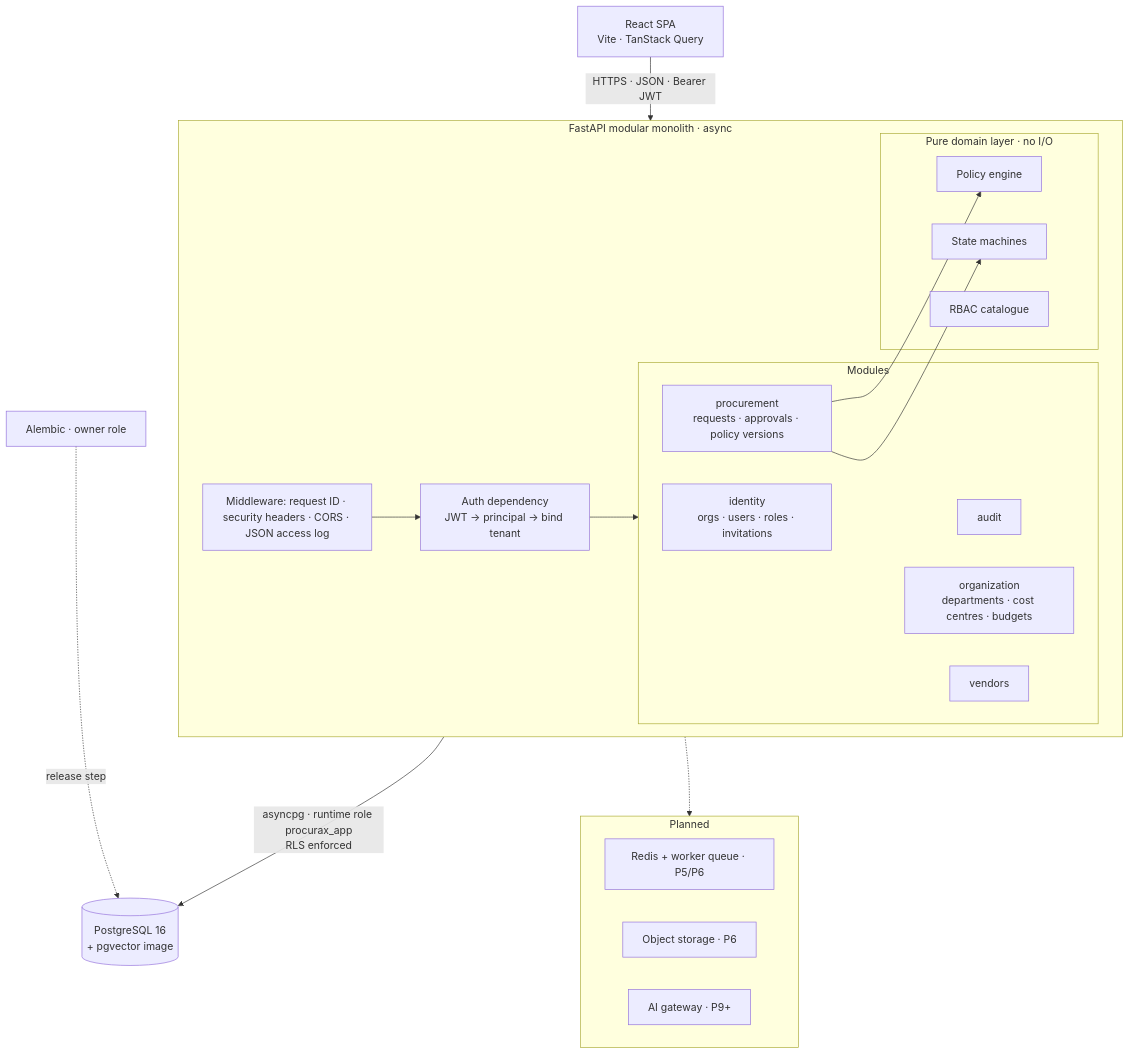
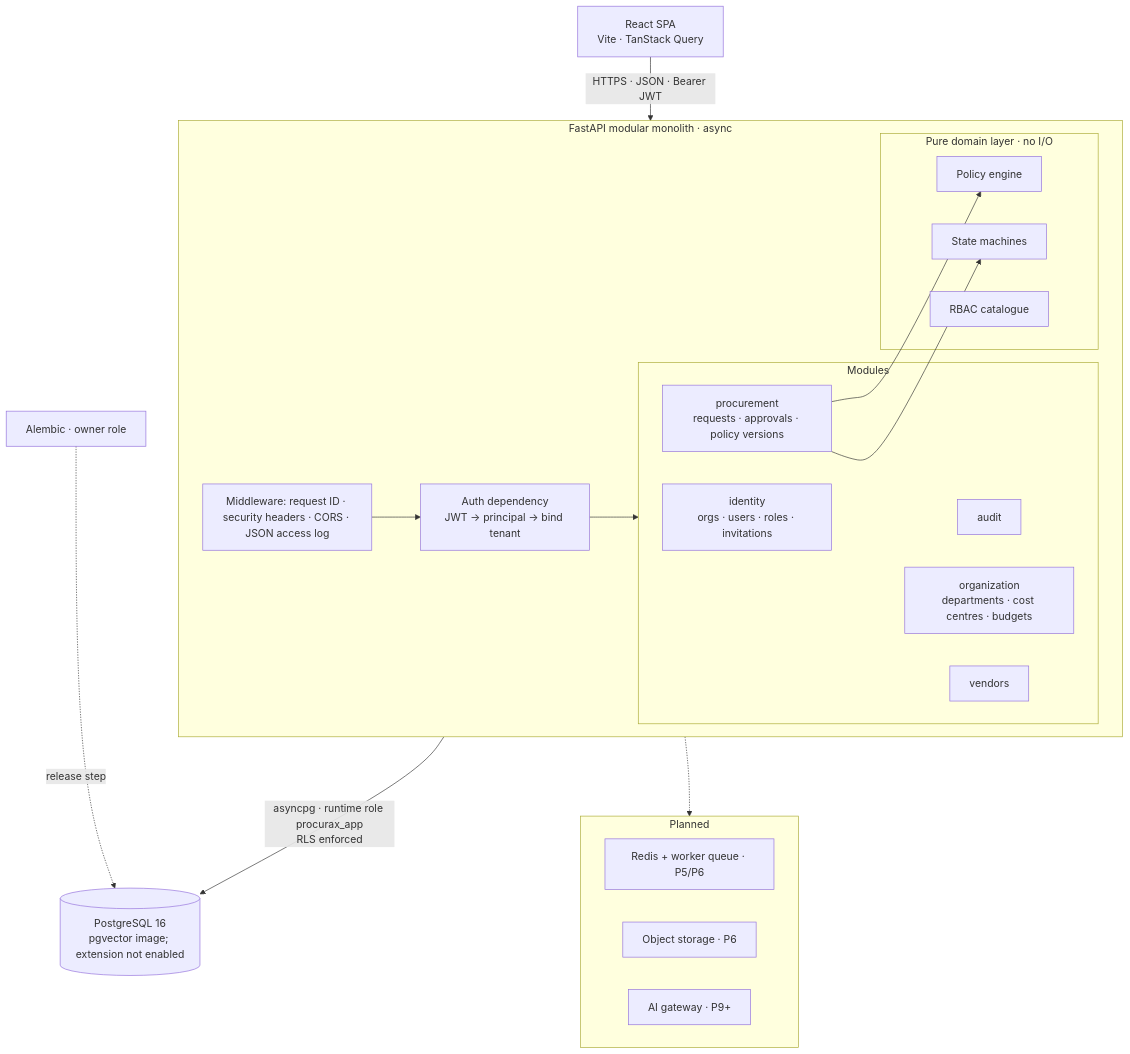
Before and after one commit to Dracula-5/procuraX: the first of 2 diagrams in docs/system_design.md, drawn with Mermaid. The commit also changed other lines of this file and 3 other files, not shown here.

````diff
--- a/docs/system_design.md
+++ b/docs/system_design.md
@@ -39,31 +39,31 @@
 ```mermaid
 flowchart TB
     Browser[React SPA<br/>Vite · TanStack Query] -->|HTTPS · JSON · Bearer JWT| API
     subgraph API[FastAPI modular monolith · async]
       MW[Middleware: request ID · security headers · CORS · JSON access log]
       Auth[Auth dependency<br/>JWT → principal → bind tenant]
       subgraph Modules
         ID[identity<br/>orgs · users · roles · invitations]
         ORG[organization<br/>departments · cost centres · budgets]
         VEN[vendors]
         PROC[procurement<br/>requests · approvals · policy versions]
         AUD[audit]
       end
       subgraph Domain[Pure domain layer · no I/O]
         PE[Policy engine]
         SM[State machines]
         RBAC[RBAC catalogue]
       end
       MW --> Auth --> Modules
       PROC --> PE & SM
       Modules --> AUD
     end
-    API -->|asyncpg · runtime role procurax_app<br/>RLS enforced| PG[(PostgreSQL 16<br/>+ pgvector image)]
+    API -->|asyncpg · runtime role procurax_app<br/>RLS enforced| PG[(PostgreSQL 16<br/>pgvector image; extension not enabled)]
     Migr[Alembic · owner role] -.release step.-> PG
     subgraph Planned[Planned]
       Q[Redis + worker queue · P5/P6]
       OBJ[Object storage · P6]
       AIGW[AI gateway · P9+]
     end
     API -.-> Planned
 ```
````
